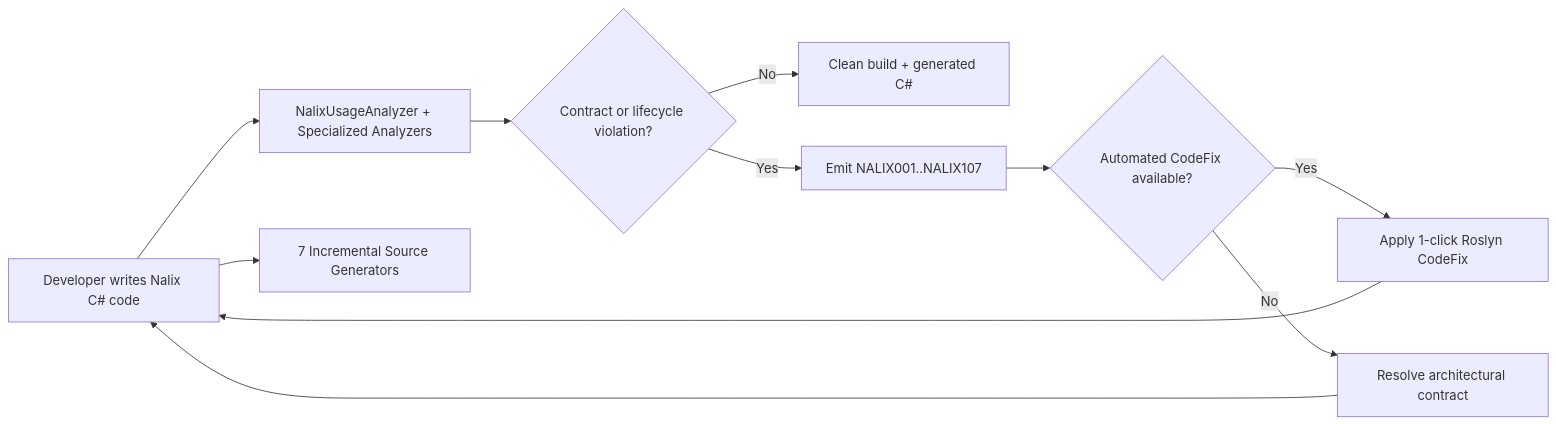
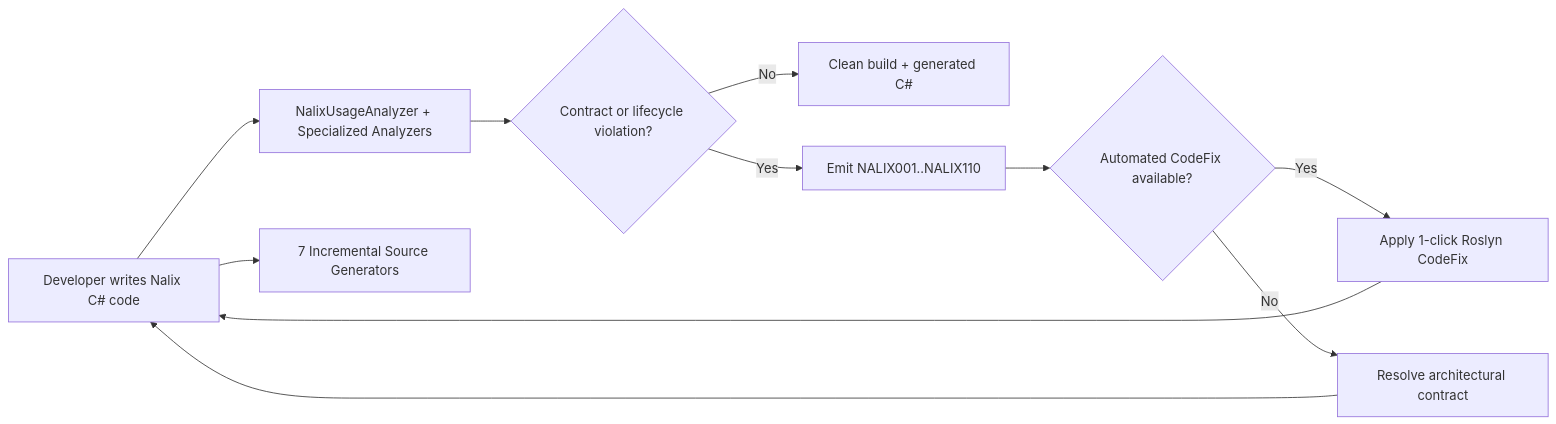
The diagram in src/content/docs/en-us/api/analyzers/index.md (ppn-systems/nalix-docs), drawn with Mermaid before and after one commit. The commit also changed other lines of this file and 257 other files, not shown here.

````diff
--- a/src/content/docs/en-us/api/analyzers/index.md
+++ b/src/content/docs/en-us/api/analyzers/index.md
@@ -23,13 +23,13 @@
 ```mermaid
 flowchart LR
     A["Developer writes Nalix C# code"] --> B["NalixUsageAnalyzer + Specialized Analyzers"]
     A --> SG["7 Incremental Source Generators"]
     B --> C{"Contract or lifecycle violation?"}
     C -->|No| D["Clean build + generated C#"]
-    C -->|Yes| E["Emit NALIX001..NALIX107"]
+    C -->|Yes| E["Emit NALIX001..NALIX110"]
     E --> F{"Automated CodeFix available?"}
     F -->|Yes| G["Apply 1-click Roslyn CodeFix"]
     F -->|No| H["Resolve architectural contract"]
     G --> A
     H --> A
 ```
````
